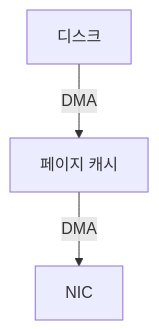
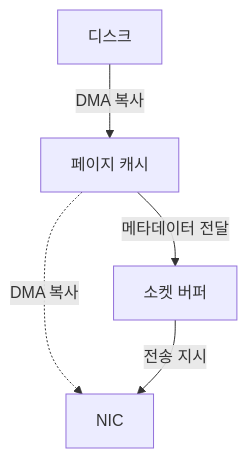
One commit to hyoguoo/hyoguoo.github.io changed the second of 2 diagrams in src/content/docs/docs/kafka/topic-and-partition-internals.md. Above: the diagram before and after it, drawn with Mermaid. The commit also changed other lines of this file, not shown here.

````diff
--- a/src/content/docs/docs/kafka/topic-and-partition-internals.md
+++ b/src/content/docs/docs/kafka/topic-and-partition-internals.md
@@ -88,5 +104,7 @@
 ```mermaid
 flowchart TB
-    D[디스크] -->|DMA| K[페이지 캐시]
-    K -->|DMA| N[NIC]
+    D[디스크] -->|DMA 복사| K[페이지 캐시]
+    K -. DMA 복사 .-> N[NIC]
+    K -->|메타데이터 전달| S[소켓 버퍼]
+    S -->|전송 지시| N
 ```
````
